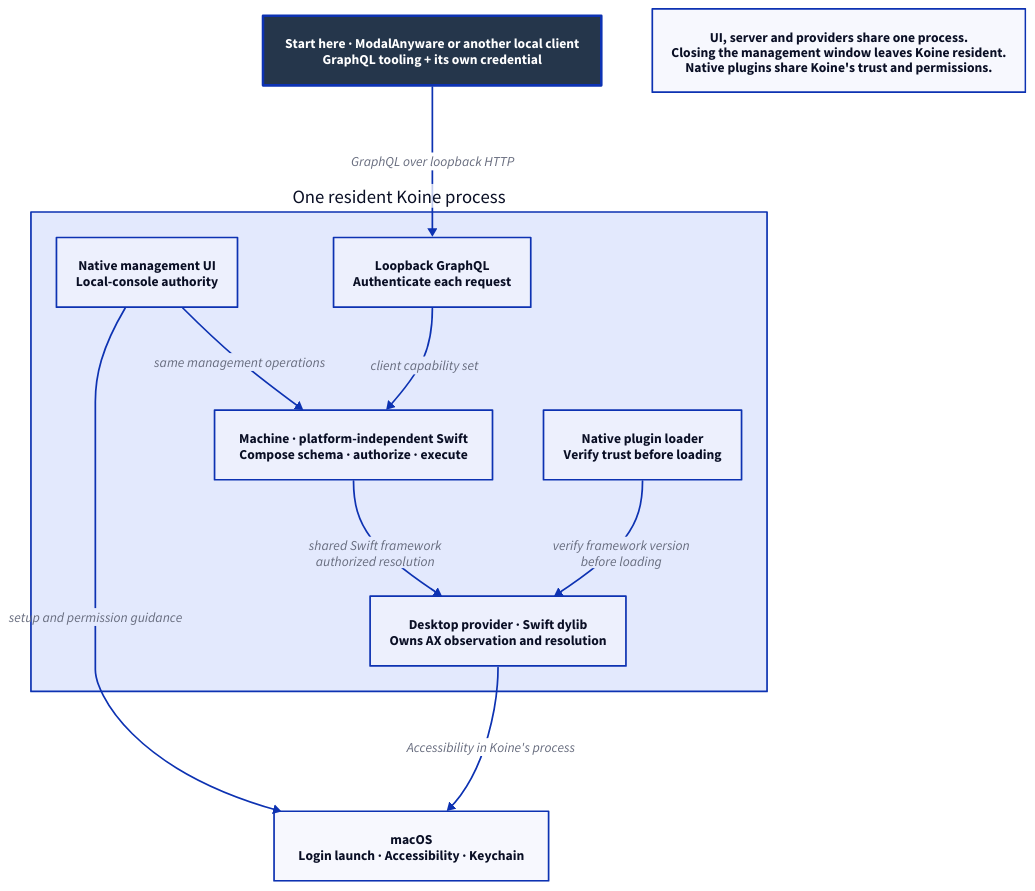
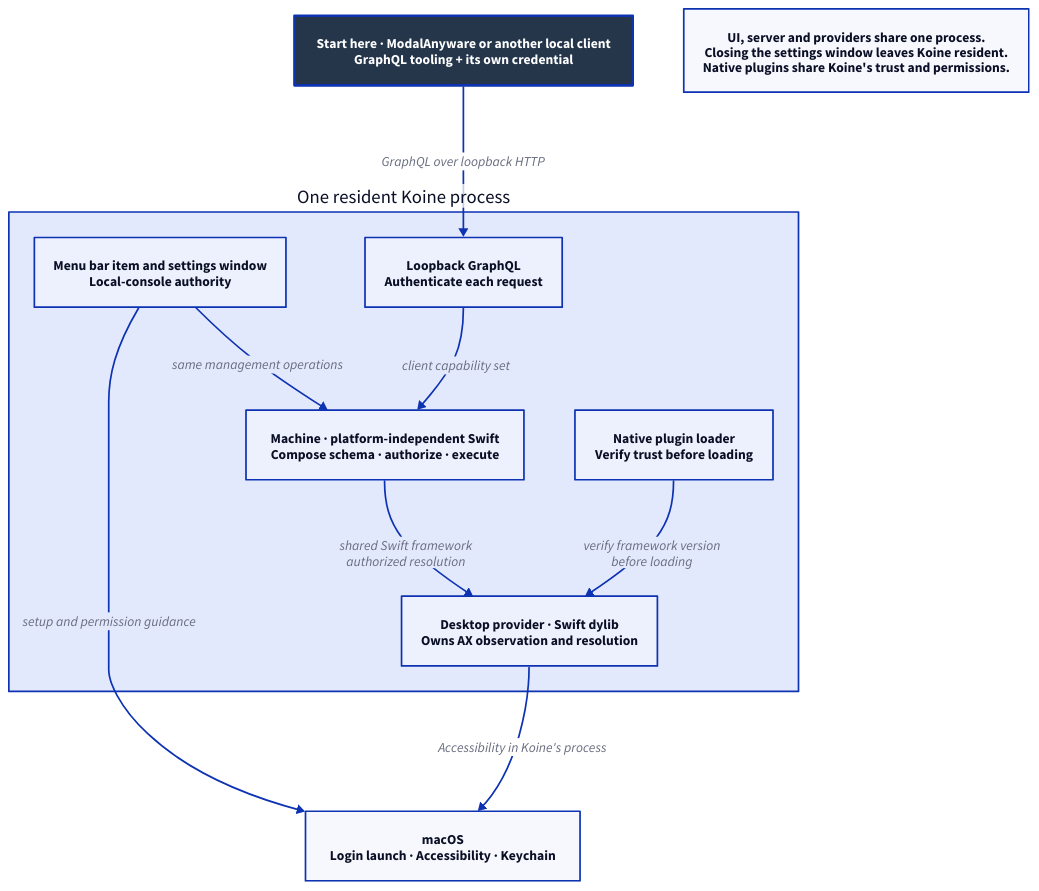
Before and after one commit to Linkuistics/Koine: the diagram in docs/design/architecture/desktop-composition.d2, drawn with D2. The commit also changed 40 other files, not shown here.

Commit message:
Koine becomes a menu bar application: agent app, one persistent status item with a model-driven menu, mark and label, a resizable settings window, a launch rule, and a VM check (menu-bar-item-k2)

```diff
--- a/docs/design/architecture/desktop-composition.d2
+++ b/docs/design/architecture/desktop-composition.d2
@@ -1,23 +1,23 @@
 # General dependency graph. Boxes identify responsibilities, not separate processes.
 direction: down
 classes: {
   start: {style: {fill: "#25364B"; font-color: "#FFFFFF"; bold: true; stroke-width: 3}}
 }
 Client: "Start here · ModalAnyware or another local client\nGraphQL tooling + its own credential" {class: start}
 Koine: "One resident Koine process" {
   style.font-size: 22
-  UI: "Native management UI\nLocal-console authority"
+  UI: "Menu bar item and settings window\nLocal-console authority"
   HTTP: "Loopback GraphQL\nAuthenticate each request"
   Core: "Machine · platform-independent Swift\nCompose schema · authorize · execute"
   Loader: "Native plugin loader\nVerify trust before loading"
   Desktop: "Desktop provider · Swift dylib\nOwns AX observation and resolution"
   UI -> Core: "same management operations"
   HTTP -> Core: "client capability set"
   Core -> Desktop: "shared Swift framework\nauthorized resolution"
   Loader -> Desktop: "verify framework version\nbefore loading"
 }
 OS: "macOS\nLogin launch · Accessibility · Keychain"
 Client -> Koine.HTTP: "GraphQL over loopback HTTP"
 Koine.UI -> OS: "setup and permission guidance"
 Koine.Desktop -> OS: "Accessibility in Koine's process"
-Caption: "UI, server and providers share one process.\nClosing the management window leaves Koine resident.\nNative plugins share Koine's trust and permissions."
+Caption: "UI, server and providers share one process.\nClosing the settings window leaves Koine resident.\nNative plugins share Koine's trust and permissions."
```
